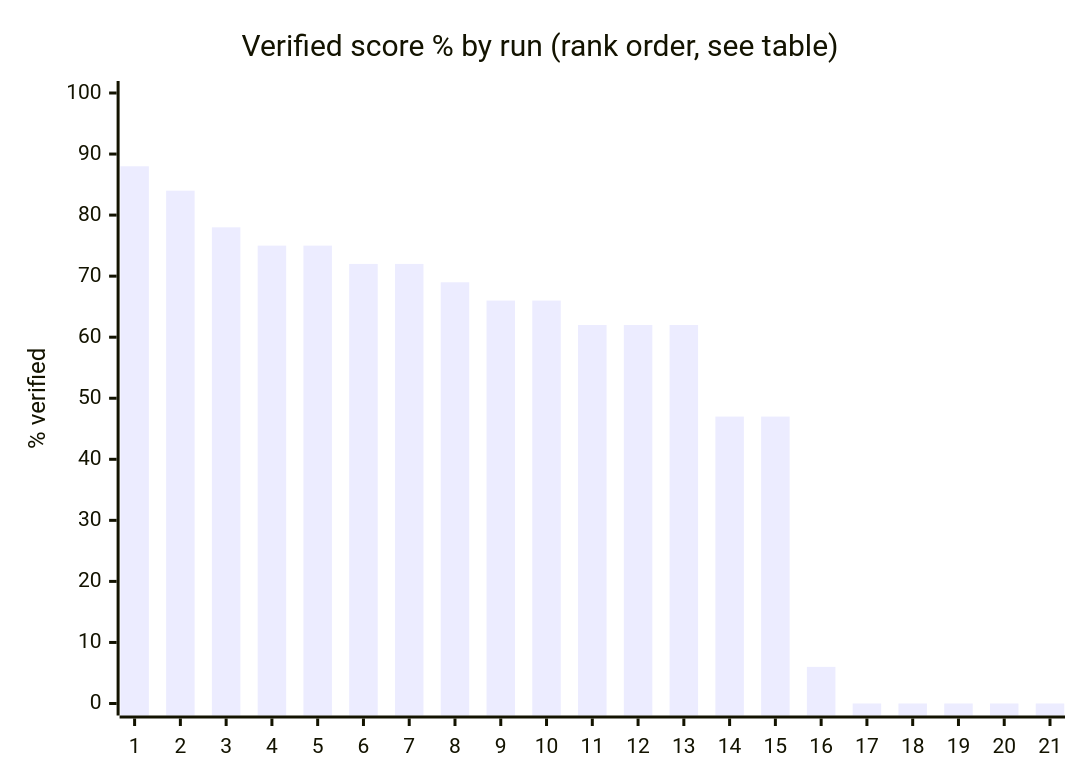
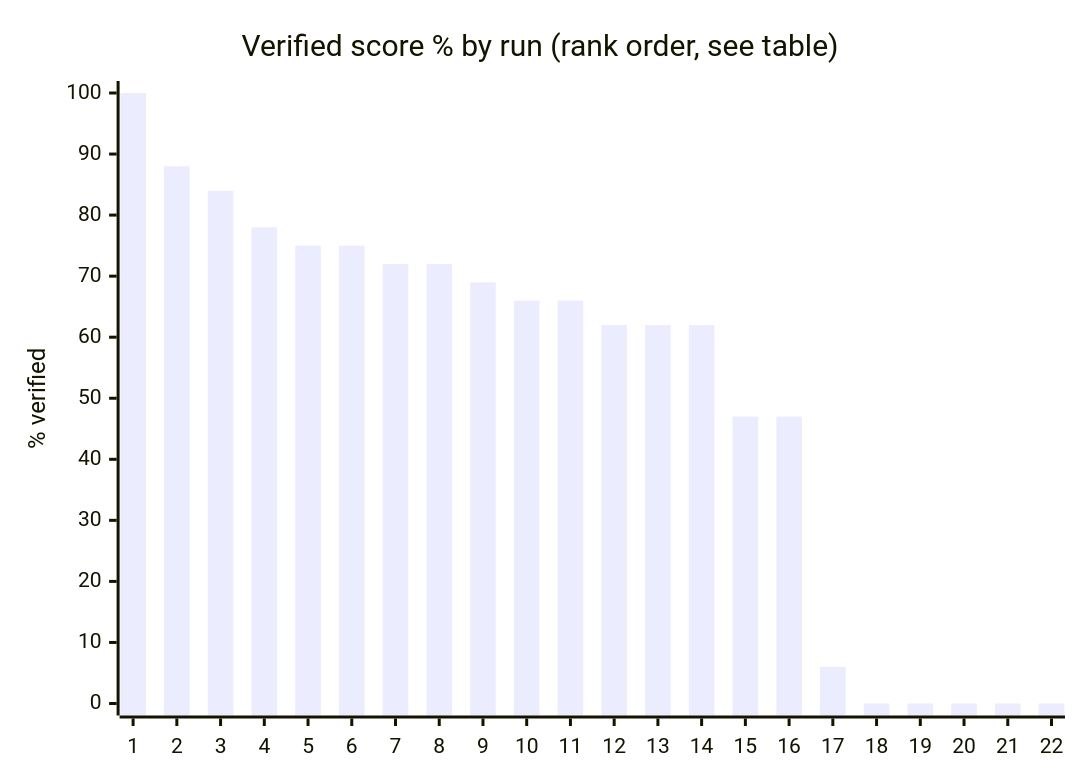
The first of 2 diagrams in Benchmark/Benchmark.md (maxh8086/tokenfrugal), drawn with Mermaid before and after one commit. The commit also changed other lines of this file and 2 other files, not shown here.

````diff
--- a/Benchmark/Benchmark.md
+++ b/Benchmark/Benchmark.md
@@ -74,7 +75,7 @@
 ```mermaid
 xychart-beta
     title "Verified score % by run (rank order, see table)"
-    x-axis ["1", "2", "3", "4", "5", "6", "7", "8", "9", "10", "11", "12", "13", "14", "15", "16", "17", "18", "19", "20", "21"]
+    x-axis ["1", "2", "3", "4", "5", "6", "7", "8", "9", "10", "11", "12", "13", "14", "15", "16", "17", "18", "19", "20", "21", "22"]
     y-axis "% verified" 0 --> 100
-    bar [88, 84, 78, 75, 75, 72, 72, 69, 66, 66, 62, 62, 62, 47, 47, 6, 0, 0, 0, 0, 0]
+    bar [100, 88, 84, 78, 75, 75, 72, 72, 69, 66, 66, 62, 62, 62, 47, 47, 6, 0, 0, 0, 0, 0]
 ```
````
